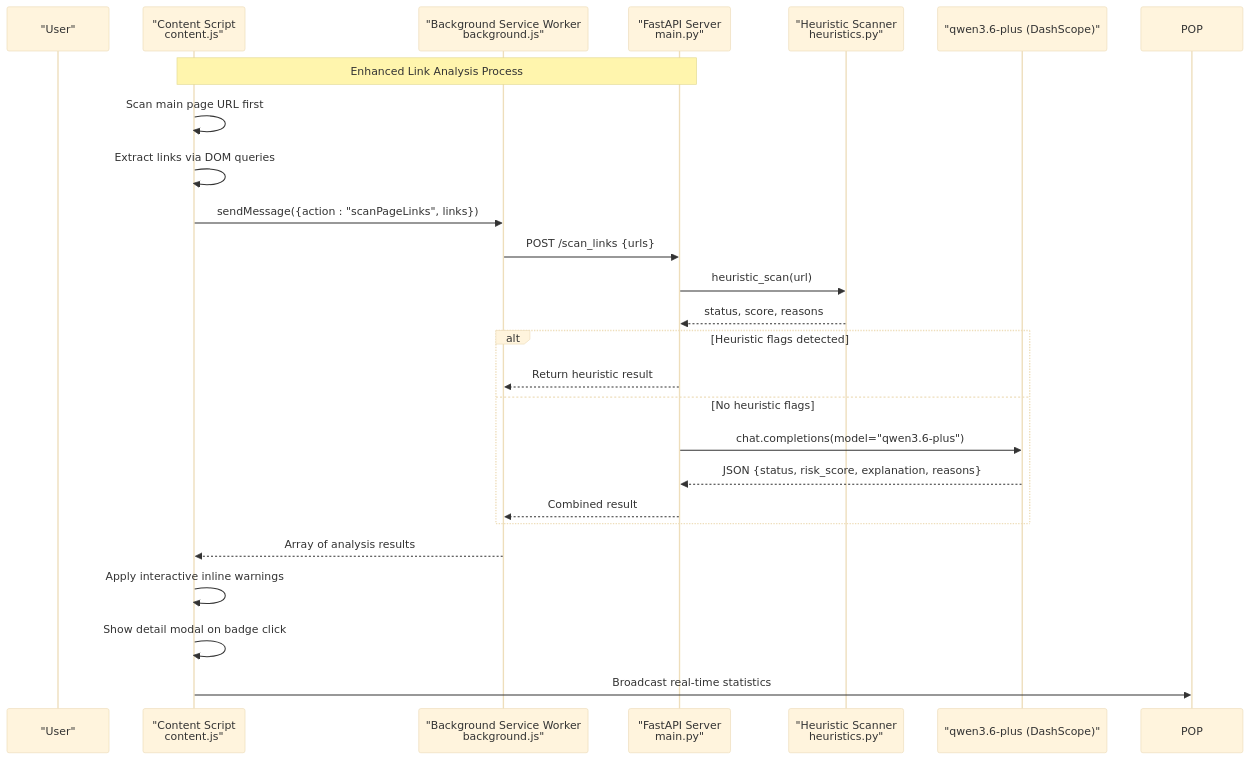
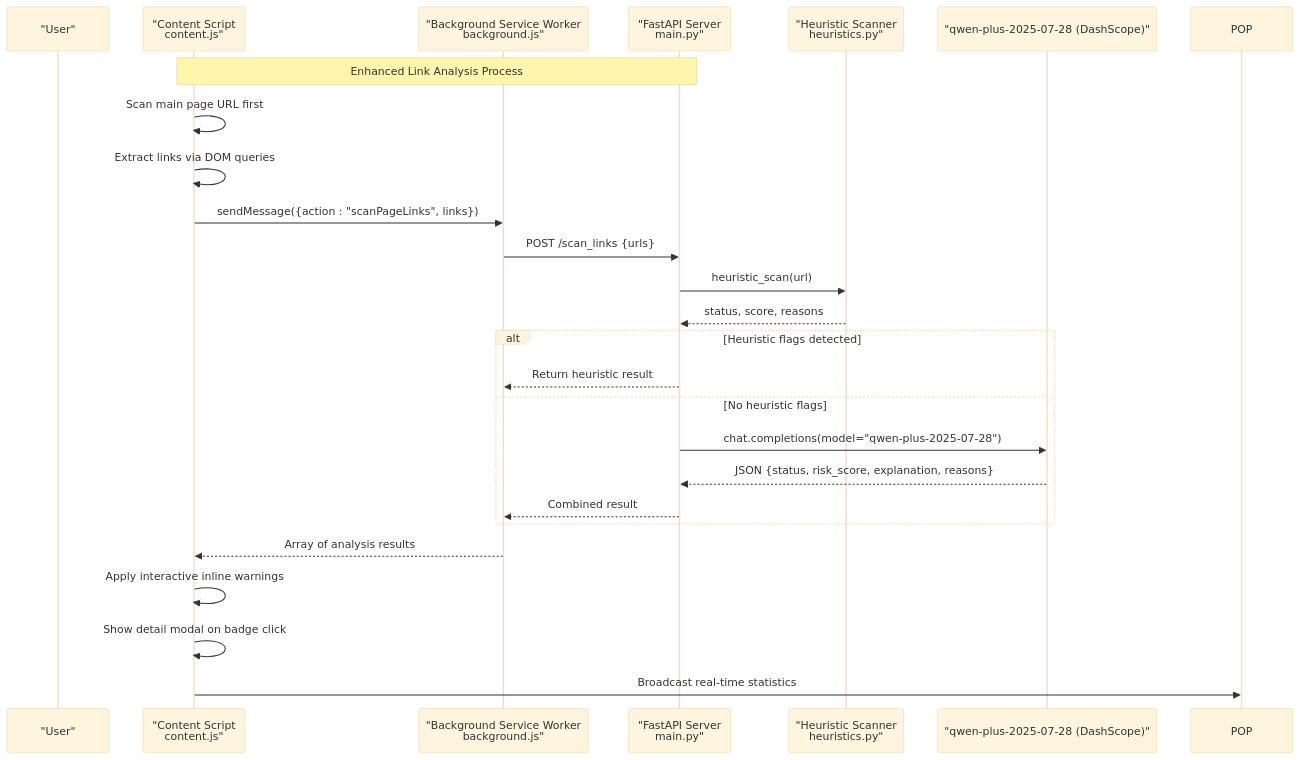
The second of 8 diagrams in .qoder/repowiki/en/content/Threat Detection Engine.md (Aymanaahh/scrollguard-ai), drawn with Mermaid (base theme) before and after one commit. The commit also changed other lines of this file and 4 other files, not shown here.

Commit message:
Updated Qwen Model to qwen3.5-plus-2026-02-15

````diff
--- a/.qoder/repowiki/en/content/Threat Detection Engine.md
+++ b/.qoder/repowiki/en/content/Threat Detection Engine.md
@@ -109,27 +109,27 @@
 ```mermaid
 sequenceDiagram
 participant User as "User"
 participant CS as "Content Script<br/>content.js"
 participant BSW as "Background Service Worker<br/>background.js"
 participant BE as "FastAPI Server<br/>main.py"
 participant HEUR as "Heuristic Scanner<br/>heuristics.py"
-participant AI as "qwen3.6-plus (DashScope)"
+participant AI as "qwen-plus-2025-07-28 (DashScope)"
 Note over CS,BE : Enhanced Link Analysis Process
 CS->>CS : Scan main page URL first
 CS->>CS : Extract links via DOM queries
 CS->>BSW : sendMessage({action : "scanPageLinks", links})
 BSW->>BE : POST /scan_links {urls}
 BE->>HEUR : heuristic_scan(url)
 HEUR-->>BE : status, score, reasons
 alt Heuristic flags detected
 BE-->>BSW : Return heuristic result
 else No heuristic flags
-BE->>AI : chat.completions(model="qwen3.6-plus")
+BE->>AI : chat.completions(model="qwen-plus-2025-07-28")
 AI-->>BE : JSON {status, risk_score, explanation, reasons}
 BE-->>BSW : Combined result
 end
 BSW-->>CS : Array of analysis results
 CS->>CS : Apply interactive inline warnings
 CS->>CS : Show detail modal on badge click
 CS->>POP : Broadcast real-time statistics
 ```
````
